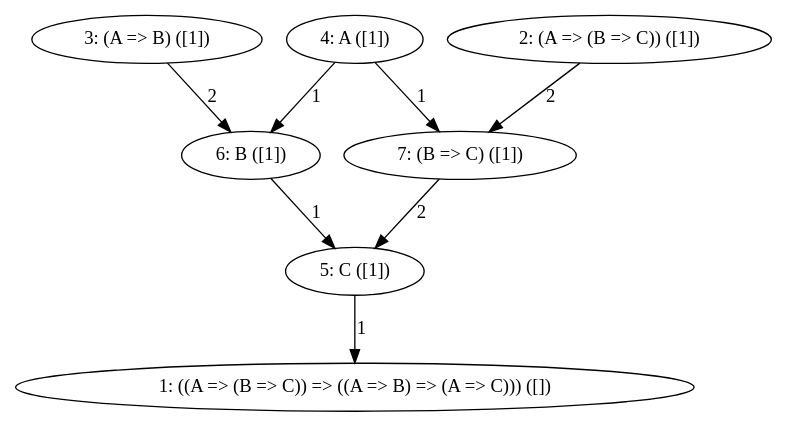
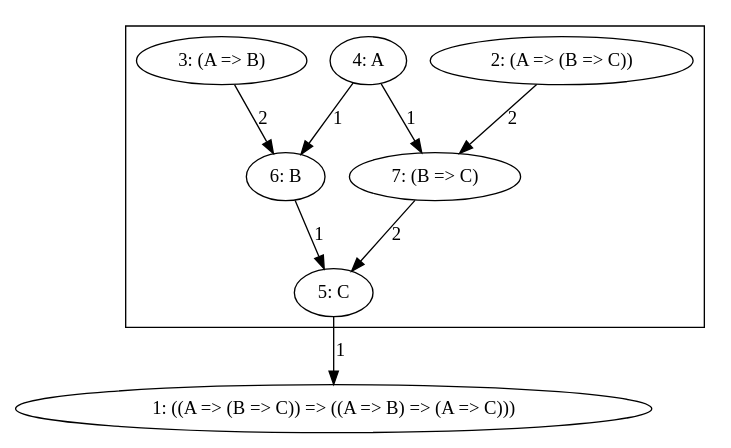
One commit to holdenlee/theorem-prover changed the diagram in ms.dot. Above: the diagram before and after it, drawn with Graphviz. The commit also changed 5 other files, not shown here.

Commit message:
Graph visualization with contexts

```diff
--- a/ms.dot
+++ b/ms.dot
@@ -1,16 +1,18 @@
 digraph {
-    1 [label="1: ((A => (B => C)) => ((A => B) => (A => C))) ([])"];
-    2 [label="2: (A => (B => C)) ([1])"];
-    3 [label="3: (A => B) ([1])"];
-    4 [label="4: A ([1])"];
-    5 [label="5: C ([1])"];
-    6 [label="6: B ([1])"];
-    7 [label="7: (B => C) ([1])"];
+    subgraph cluster_0 {
+        2 [label="2: (A => (B => C))"];
+        3 [label="3: (A => B)"];
+        4 [label="4: A"];
+        5 [label="5: C"];
+        6 [label="6: B"];
+        7 [label="7: (B => C)"];
+    }
+    1 [label="1: ((A => (B => C)) => ((A => B) => (A => C)))"];
     2 -> 7 [label=2];
     3 -> 6 [label=2];
     4 -> 6 [label=1];
     4 -> 7 [label=1];
     5 -> 1 [label=1];
     6 -> 5 [label=1];
     7 -> 5 [label=2];
 }
```
